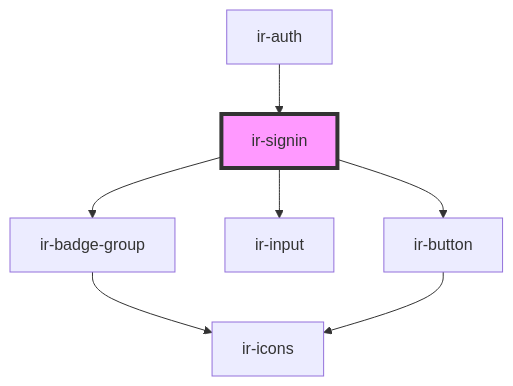
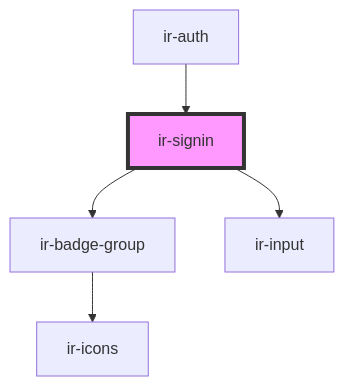
One commit to RonyRizk/ir-be changed the diagram in src/components/ir-booking-engine/ir-nav/ir-auth/ir-signin/readme.md. Above: the diagram before and after it, drawn with Mermaid. The commit also changed other lines of this file and 52 other files, not shown here.

````diff
--- a/src/components/ir-booking-engine/ir-nav/ir-auth/ir-signin/readme.md
+++ b/src/components/ir-booking-engine/ir-nav/ir-auth/ir-signin/readme.md
@@ -37,10 +36,8 @@
 ```mermaid
 graph TD;
   ir-signin --> ir-badge-group
   ir-signin --> ir-input
-  ir-signin --> ir-button
   ir-badge-group --> ir-icons
-  ir-button --> ir-icons
   ir-auth --> ir-signin
   style ir-signin fill:#f9f,stroke:#333,stroke-width:4px
 ```
````
